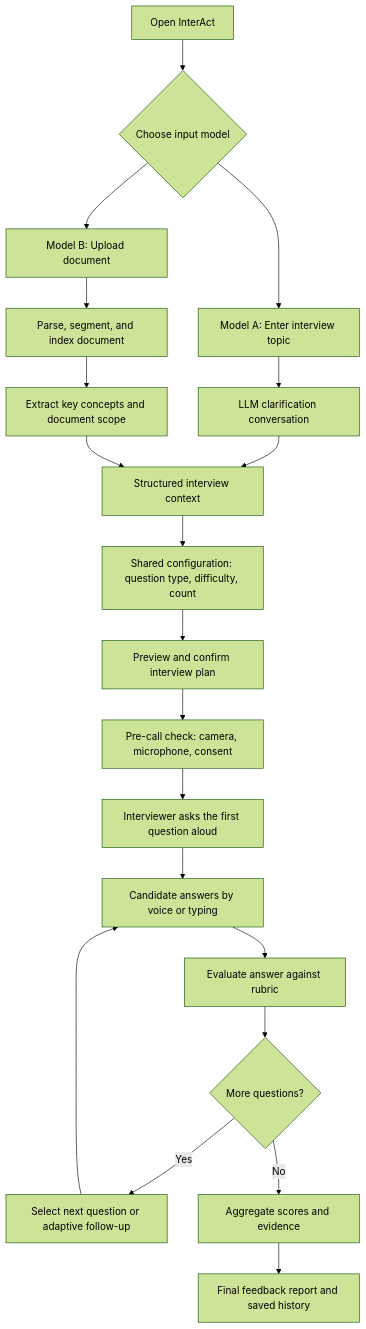
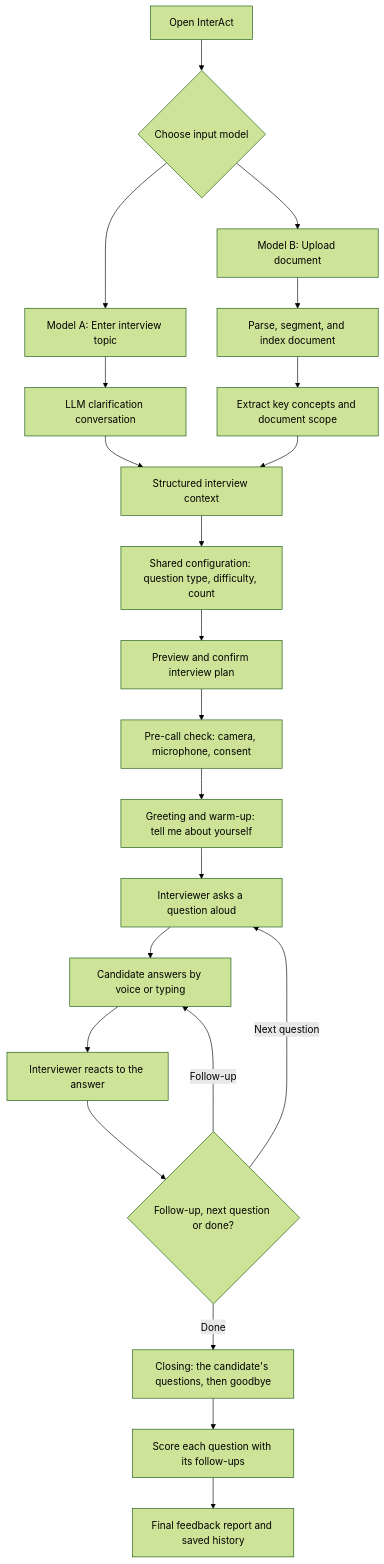
The first of 3 diagrams in README.md (avaneja/interAct_main_2026), drawn with Mermaid (forest theme) before and after one commit. The commit also changed other lines of this file and 2 other files, not shown here.

First line of the commit message:
Plan the conversational interviewer as milestone M6

````diff
--- a/README.md
+++ b/README.md
@@ -36,22 +36,24 @@
 ```mermaid
 flowchart TD
     A[Open InterAct] --> B{Choose input model}
     B --> C[Model A: Enter interview topic]
     B --> D[Model B: Upload document]
     C --> E[LLM clarification conversation]
     D --> F[Parse, segment, and index document]
     F --> G[Extract key concepts and document scope]
     E --> H[Structured interview context]
     G --> H
     H --> I[Shared configuration: question type, difficulty, count]
     I --> J[Preview and confirm interview plan]
     J --> CHK[Pre-call check: camera, microphone, consent]
-    CHK --> K[Interviewer asks the first question aloud]
+    CHK --> W[Greeting and warm-up: tell me about yourself]
+    W --> K[Interviewer asks a question aloud]
     K --> L[Candidate answers by voice or typing]
-    L --> M[Evaluate answer against rubric]
-    M --> N{More questions?}
-    N -->|Yes| O[Select next question or adaptive follow-up]
-    O --> L
-    N -->|No| P[Aggregate scores and evidence]
+    L --> M[Interviewer reacts to the answer]
+    M --> N{Follow-up, next question or done?}
+    N -->|Follow-up| L
+    N -->|Next question| K
+    N -->|Done| CL[Closing: the candidate's questions, then goodbye]
+    CL --> P[Score each question with its follow-ups]
     P --> Q[Final feedback report and saved history]
 ```
````
